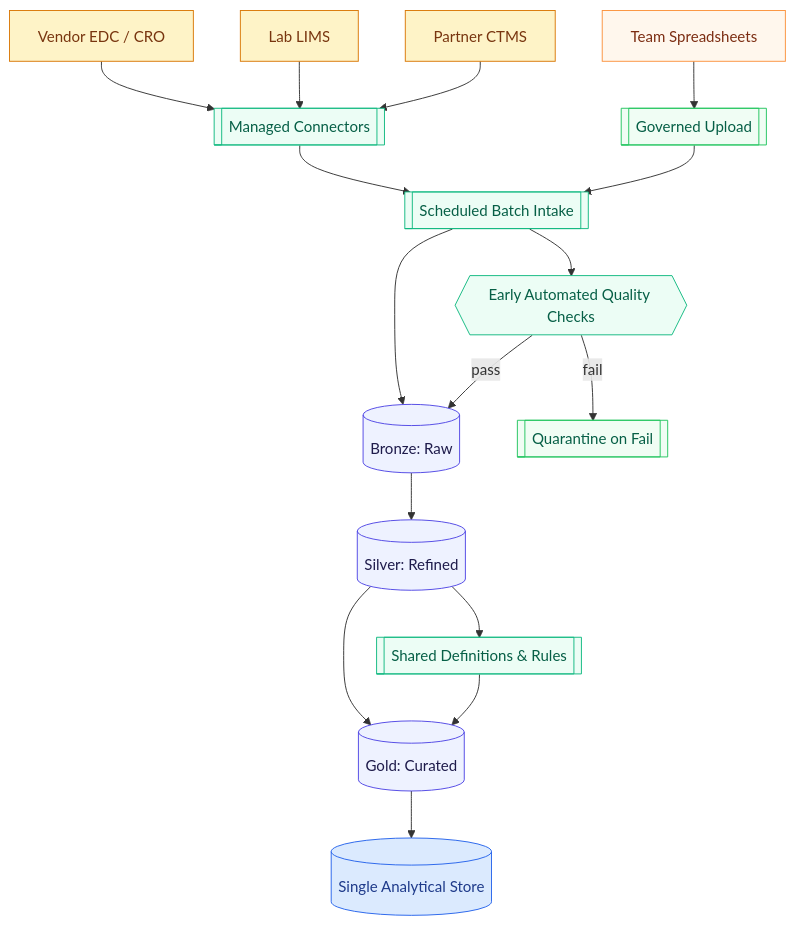
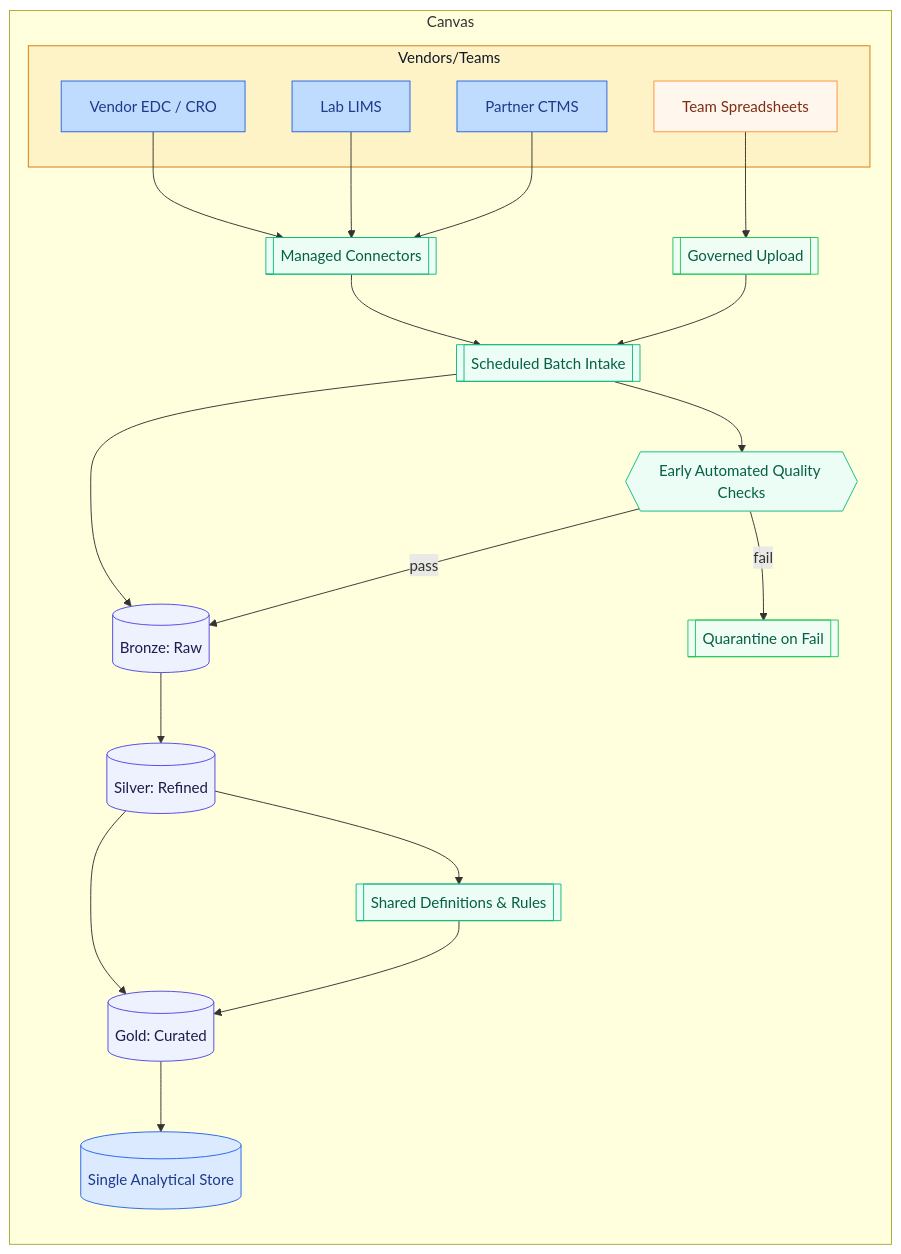
One commit to mlogan914/mlogan914.github.io changed the second of 2 diagrams in _pages/services.md. Above: the diagram before and after it, drawn with Mermaid. The commit also changed other lines of this file, not shown here.

Commit message:
Updated draft services page

````diff
--- a/_pages/services.md
+++ b/_pages/services.md
@@ -90,40 +95,48 @@
 ```mermaid
-%%{init: {'theme': 'default', 'themeVariables': { 'background': '#f9fafb' }}}%%
 flowchart TD
+  classDef bg fill:#f9fafb,stroke:#f9fafb,stroke-width:0px,color:#111827
   classDef good fill:#ecfdf5,stroke:#10b981,color:#065f46
   classDef layer fill:#eef2ff,stroke:#4f46e5,color:#1e1b4b
   classDef store fill:#dbeafe,stroke:#2563eb,color:#1e3a8a
-  classDef vendor fill:#fef3c7,stroke:#d97706,color:#78350f
+  classDef vendor fill:#bfdbfe,stroke:#2563eb,color:#1e3a8a
   classDef sheet fill:#fff7ed,stroke:#fb923c,color:#7c2d12
   classDef guard fill:#f0fdf4,stroke:#22c55e,color:#065f46
 
-  V1[Vendor EDC / CRO]:::vendor
-  V2[Lab LIMS]:::vendor
-  V3[Partner CTMS]:::vendor
-  S1[Team Spreadsheets]:::sheet
+  subgraph Canvas
+    class Canvas bg
+    direction TB
 
-  MC[[Managed Connectors]]:::good
-  UP[[Governed Upload]]:::guard
-  SBI[[Scheduled Batch Intake]]:::good
-  QC{{Early Automated Quality Checks}}:::good
-  QZ[[Quarantine on Fail]]:::guard
+    subgraph Vendors[ Vendors/Teams ]
+      V1[Vendor EDC / CRO]:::vendor
+      V2[Lab LIMS]:::vendor
+      V3[Partner CTMS]:::vendor
+      S1[Team Spreadsheets]:::sheet
+    end
+    style Vendors fill:#fef3c7,stroke:#d97706,stroke-width:1px,color:#111827
 
-  BR[(Bronze: Raw)]:::layer
-  SI[(Silver: Refined)]:::layer
-  DEF[[Shared Definitions & Rules]]:::good
-  GO[(Gold: Curated)]:::layer
-  AS[(Single Analytical Store)]:::store
+    MC[[Managed Connectors]]:::good
+    UP[[Governed Upload]]:::guard
+    SBI[[Scheduled Batch Intake]]:::good
+    QC{{Early Automated Quality Checks}}:::good
+    QZ[[Quarantine on Fail]]:::guard
 
-  V1 --> MC
-  V2 --> MC
-  V3 --> MC
-  MC --> SBI --> BR --> SI --> GO --> AS
+    BR[(Bronze: Raw)]:::layer
+    SI[(Silver: Refined)]:::layer
+    DEF[[Shared Definitions & Rules]]:::good
+    GO[(Gold: Curated)]:::layer
+    AS[(Single Analytical Store)]:::store
 
-  S1 --> UP --> SBI
-  SBI --> QC
-  QC -- pass --> BR
-  QC -- fail --> QZ
+    V1 --> MC
+    V2 --> MC
+    V3 --> MC
+    MC --> SBI --> BR --> SI --> GO --> AS
 
-  SI --> DEF
-  DEF --> GO
+    S1 --> UP --> SBI
+    SBI --> QC
+    QC -- pass --> BR
+    QC -- fail --> QZ
+
+    SI --> DEF
+    DEF --> GO
+  end
 ```
````
